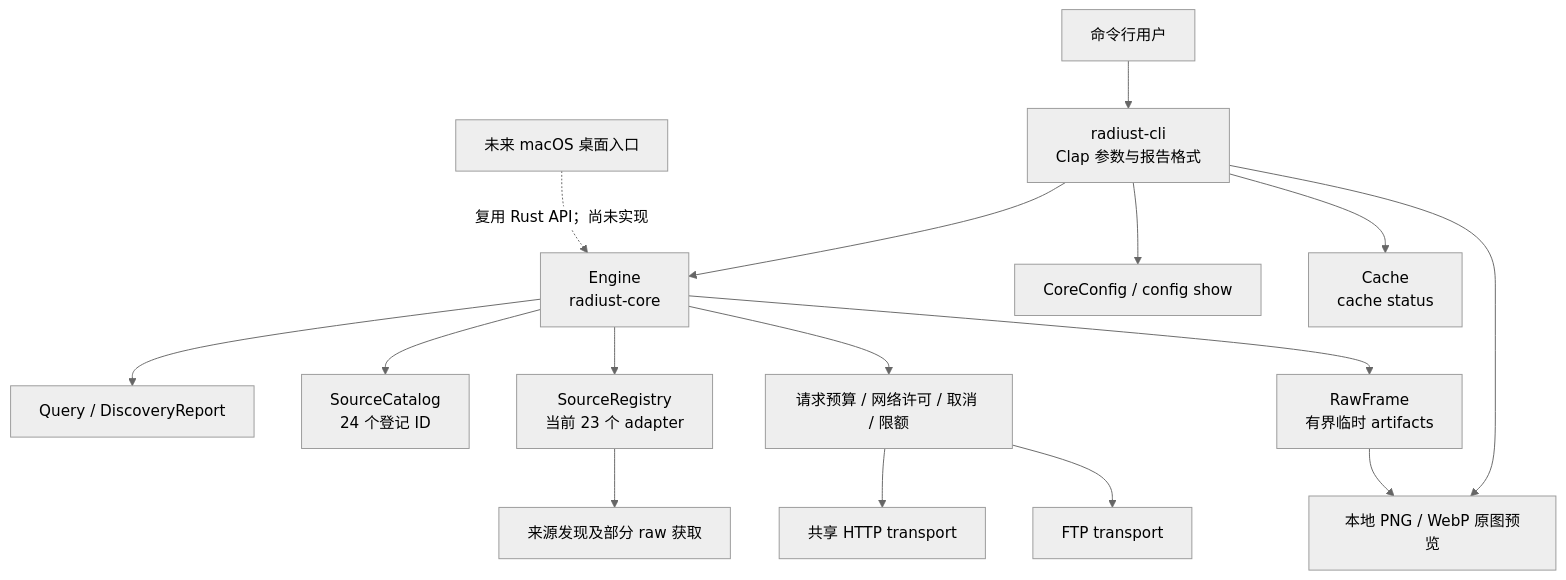
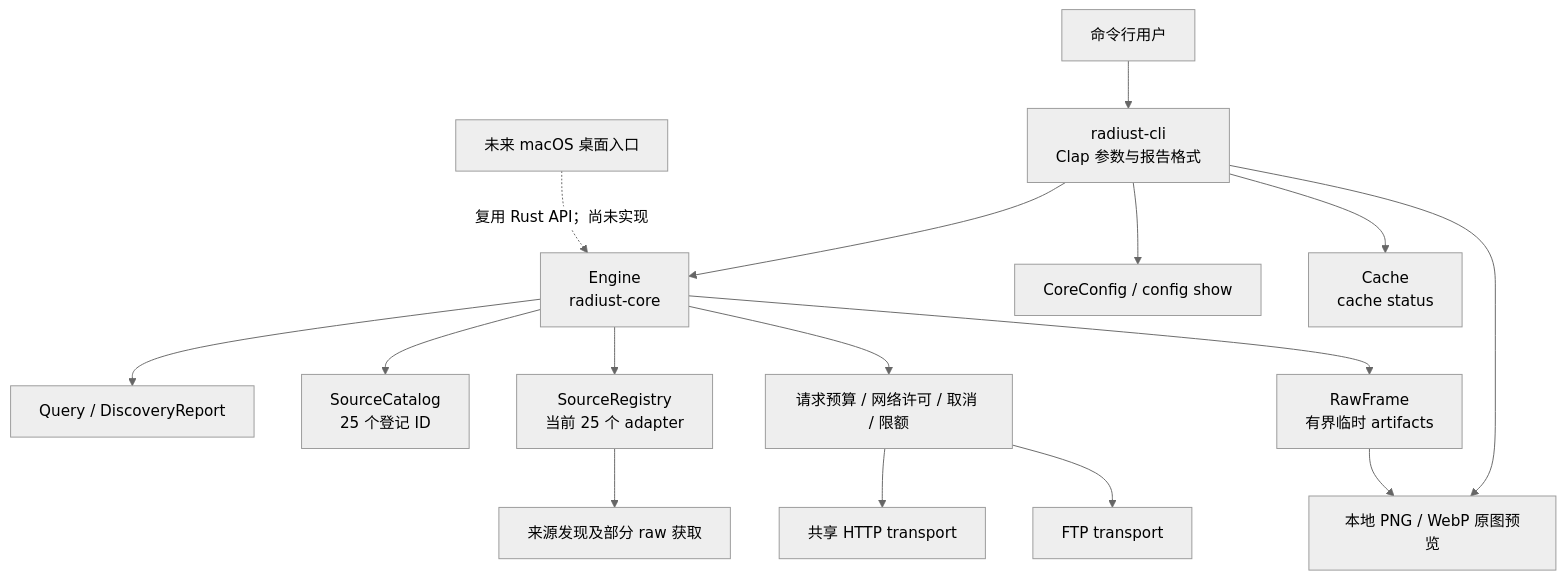
Before and after one commit to chorust/radiust: the first of 2 diagrams in docs/architecture.md, drawn with Mermaid (neutral theme). The commit also changed other lines of this file and 3 other files, not shown here.

````diff
--- a/docs/architecture.md
+++ b/docs/architecture.md
@@ -9,18 +9,18 @@
 ```mermaid
 flowchart TB
     User[命令行用户] --> CLI[radiust-cli<br/>Clap 参数与报告格式]
     CLI --> Engine[Engine<br/>radiust-core]
     CLI --> Config[CoreConfig / config show]
     CLI --> Cache[Cache<br/>cache status]
     Engine --> Query[Query / DiscoveryReport]
-    Engine --> Catalog[SourceCatalog<br/>24 个登记 ID]
-    Engine --> Registry[SourceRegistry<br/>当前 23 个 adapter]
+    Engine --> Catalog[SourceCatalog<br/>25 个登记 ID]
+    Engine --> Registry[SourceRegistry<br/>当前 25 个 adapter]
     Engine --> Budget[请求预算 / 网络许可 / 取消 / 限额]
     Budget --> HTTP[共享 HTTP transport]
     Budget --> FTP[FTP transport]
     Registry --> Provider[来源发现及部分 raw 获取]
     Engine --> Raw[RawFrame<br/>有界临时 artifacts]
     CLI --> Preview[本地 PNG / WebP 原图预览]
     Raw --> Preview
     Desktop[未来 macOS 桌面入口] -. 复用 Rust API；尚未实现 .-> Engine
 ```
````
